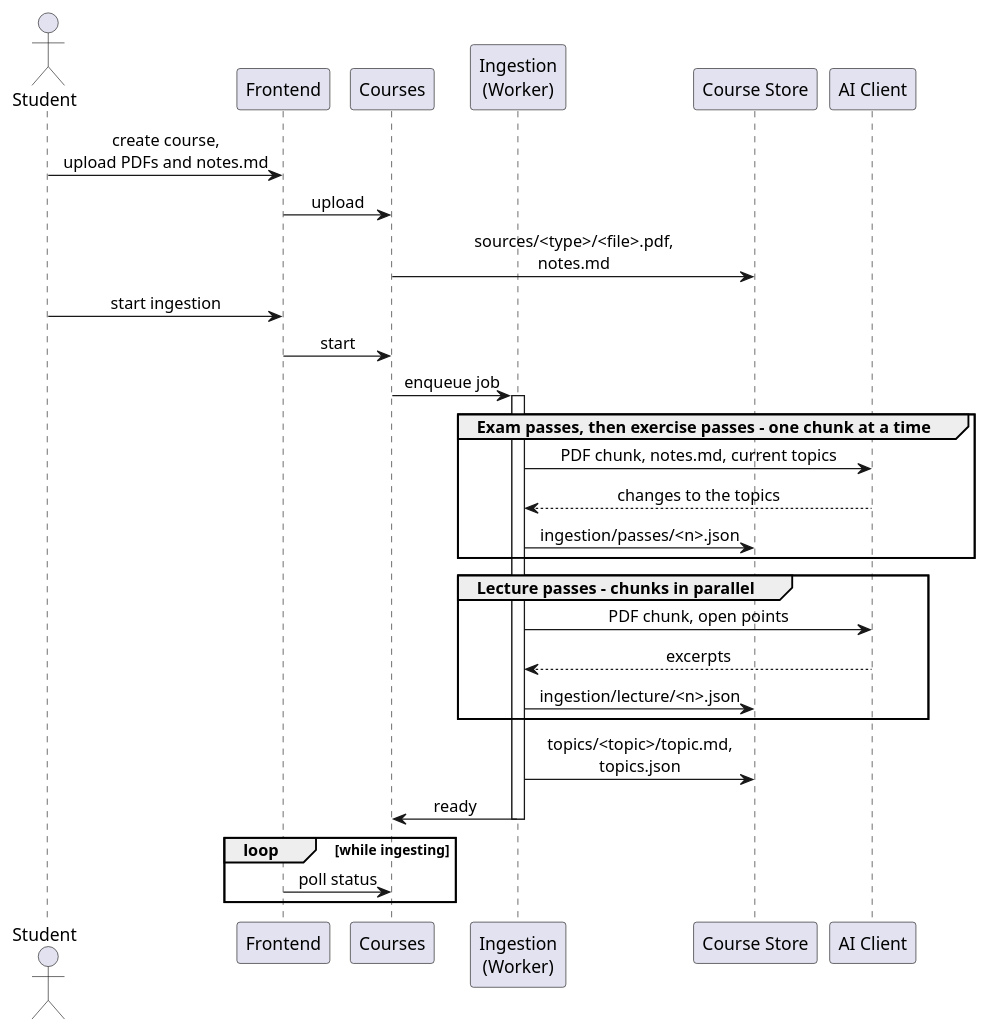
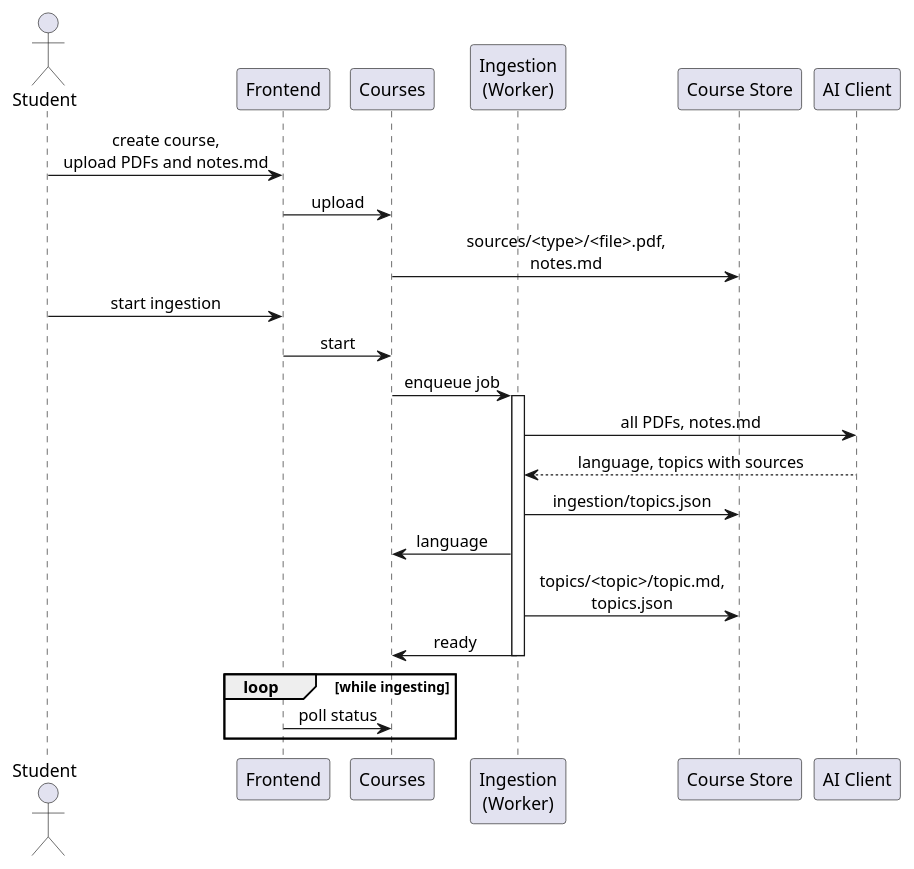
The diagram in docs/arc42/diagrams/runtime-ingestion.puml (leon-hrk/iknownothing), drawn with PlantUML before and after one commit. The commit also changed 29 other files, not shown here.

```diff
--- a/docs/arc42/diagrams/runtime-ingestion.puml
+++ b/docs/arc42/diagrams/runtime-ingestion.puml
@@ -1,39 +1,32 @@
 @startuml
 skinparam shadowing false
 skinparam defaultTextAlignment center
 
 actor "Student" as student
 participant "Frontend" as frontend
 participant "Courses" as courses
 participant "Ingestion\n(Worker)" as ingestion
 participant "Course Store" as store
 participant "AI Client" as ai
 
 student -> frontend : create course,\nupload PDFs and notes.md
 frontend -> courses : upload
 courses -> store : sources/<type>/<file>.pdf,\nnotes.md
 student -> frontend : start ingestion
 frontend -> courses : start
 courses -> ingestion : enqueue job
 activate ingestion
 
-group Exam passes, then exercise passes - one chunk at a time
-  ingestion -> ai : PDF chunk, notes.md, current topics
-  ai --> ingestion : changes to the topics
-  ingestion -> store : ingestion/passes/<n>.json
-end
-
-group Lecture passes - chunks in parallel
-  ingestion -> ai : PDF chunk, open points
-  ai --> ingestion : excerpts
-  ingestion -> store : ingestion/lecture/<n>.json
-end
+ingestion -> ai : all PDFs, notes.md
+ai --> ingestion : language, topics with sources
+ingestion -> store : ingestion/topics.json
+ingestion -> courses : language
 
 ingestion -> store : topics/<topic>/topic.md,\ntopics.json
 ingestion -> courses : ready
 deactivate ingestion
 
 loop while ingesting
   frontend -> courses : poll status
 end
 @enduml
```
